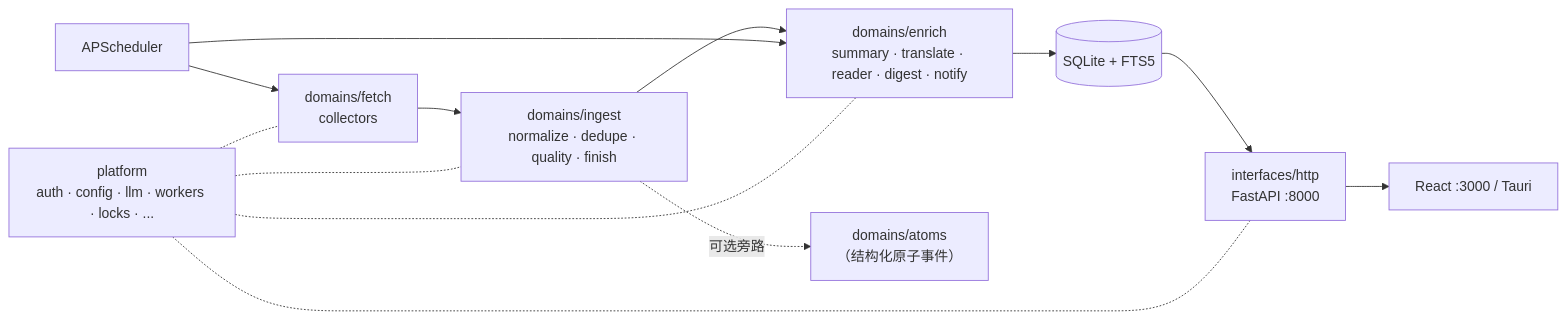
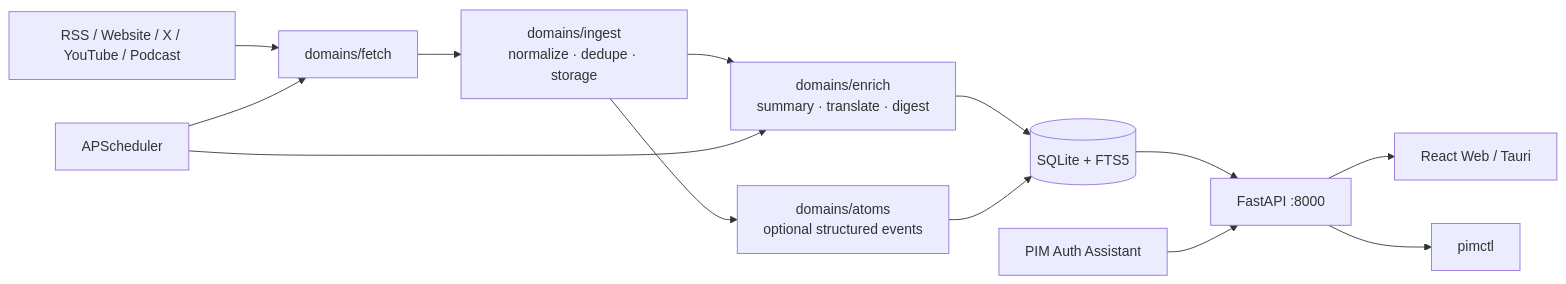
The diagram in README.md (wangbubu2023/personal-info-monitor), drawn with Mermaid before and after one commit. The commit also changed other lines of this file and 81 other files, not shown here.

````diff
--- a/README.md
+++ b/README.md
@@ -16,15 +18,15 @@
 ```mermaid
 flowchart LR
-  A["domains/fetch<br/>collectors"] --> B["domains/ingest<br/>normalize · dedupe · quality · finish"]
-  B --> C["domains/enrich<br/>summary · translate · reader · digest · notify"]
-  B -. 可选旁路 .-> J["domains/atoms<br/>（结构化原子事件）"]
-  C --> D[("SQLite + FTS5")]
-  D --> E["interfaces/http<br/>FastAPI :8000"]
-  E --> F["React :3000 / Tauri"]
-  G[APScheduler] --> A
-  G --> C
-  P["platform<br/>auth · config · llm · workers · locks · ..."] -.- A
-  P -.- B
-  P -.- C
-  P -.- E
+  Sources["RSS / Website / X / YouTube / Podcast"] --> Fetch["domains/fetch"]
+  Fetch --> Ingest["domains/ingest<br/>normalize · dedupe · storage"]
+  Ingest --> Enrich["domains/enrich<br/>summary · translate · digest"]
+  Ingest --> Atoms["domains/atoms<br/>optional structured events"]
+  Enrich --> DB[("SQLite + FTS5")]
+  Atoms --> DB
+  DB --> API["FastAPI :8000"]
+  API --> Web["React Web / Tauri"]
+  API --> CLI["pimctl"]
+  Assistant["PIM Auth Assistant"] --> API
+  Scheduler["APScheduler"] --> Fetch
+  Scheduler --> Enrich
 ```
````
